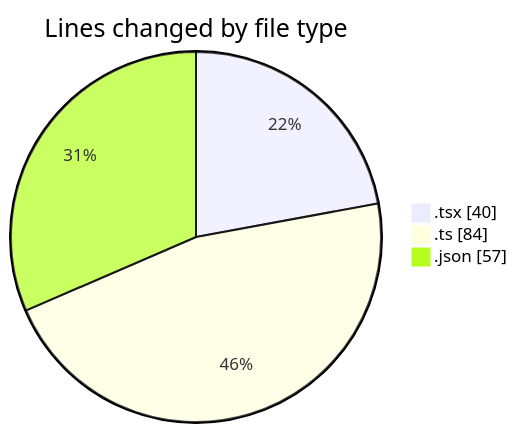
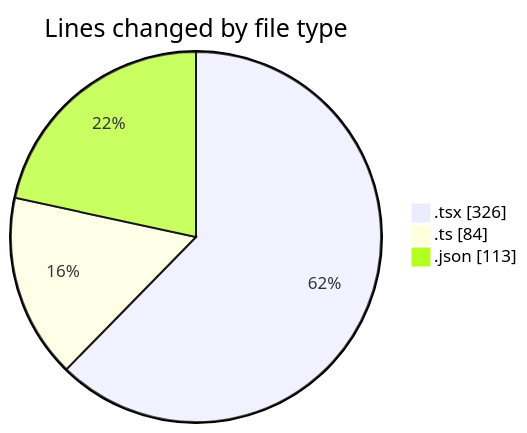
Before and after one commit to momahboobian/code-tracking: the first of 2 diagrams in 2025-02-23/pdf-analysis-app/README.md, drawn with Mermaid. The commit also changed other lines of this file and 1 other file, not shown here.

````diff
--- a/2025-02-23/pdf-analysis-app/README.md
+++ b/2025-02-23/pdf-analysis-app/README.md
@@ -23,7 +27,7 @@
 ```mermaid
 pie showData
 title Lines changed by file type
-".tsx" : 40
+".tsx" : 326
 ".ts" : 84
-".json" : 57
+".json" : 113
 ```
````
